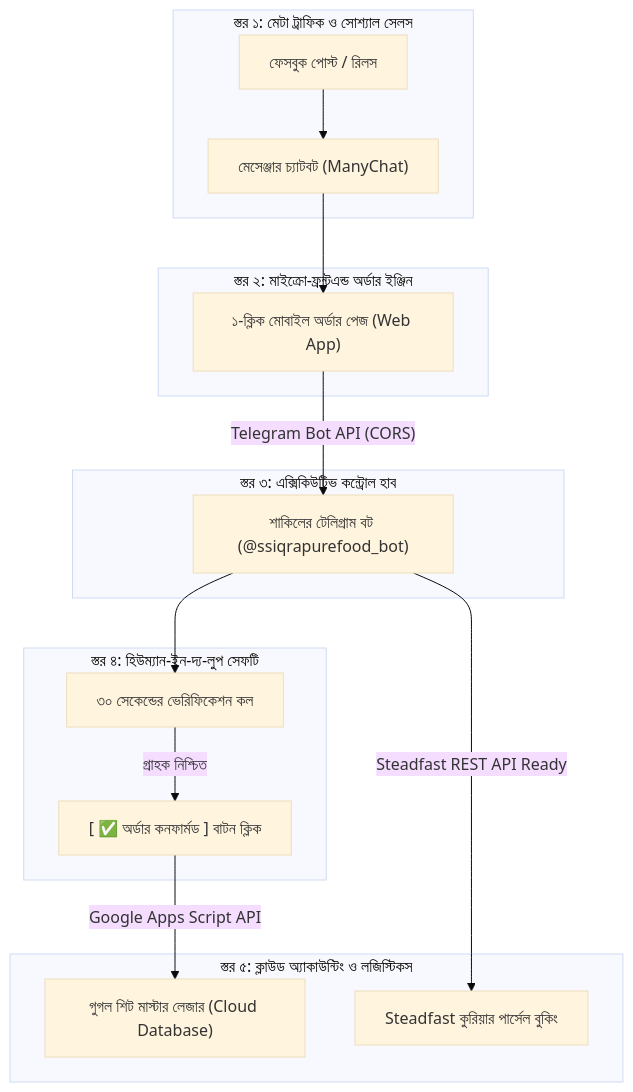
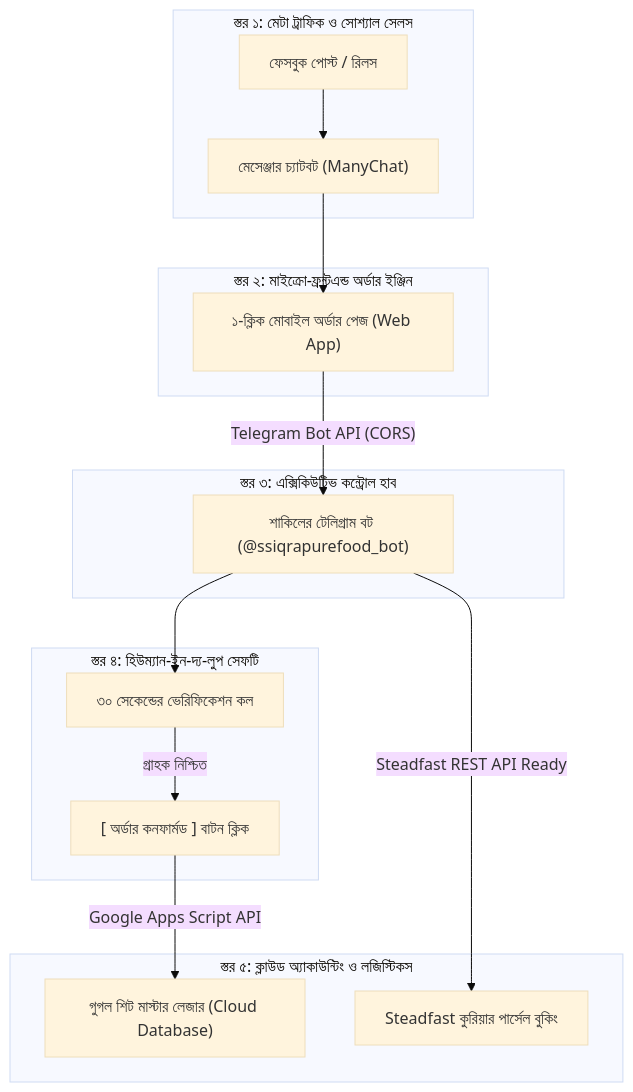
One commit to sakilahammed-dev/ss-iqra-pure-food changed the diagram in docs/SS_IQRA_EXECUTIVE_SYSTEM_BRIEF_AND_SEMINAR_GUIDE.md. Above: the diagram before and after it, drawn with Mermaid (base theme). The commit also changed other lines of this file and 11 other files, not shown here.

````diff
--- a/docs/SS_IQRA_EXECUTIVE_SYSTEM_BRIEF_AND_SEMINAR_GUIDE.md
+++ b/docs/SS_IQRA_EXECUTIVE_SYSTEM_BRIEF_AND_SEMINAR_GUIDE.md
@@ -21,24 +21,24 @@
 ```mermaid
 flowchart TD
     subgraph Tier1["স্তর ১: মেটা ট্রাফিক ও সোশ্যাল সেলস"]
         A["ফেসবুক পোস্ট / রিলস"] --> B["মেসেঞ্জার চ্যাটবট (ManyChat)"]
     end
 
     subgraph Tier2["স্তর ২: মাইক্রো-ফ্রন্টএন্ড অর্ডার ইঞ্জিন"]
         B --> C["১-ক্লিক মোবাইল অর্ডার পেজ (Web App)"]
     end
 
     subgraph Tier3["স্তর ৩: এক্সিকিউটিভ কন্ট্রোল হাব"]
         C -->|"Telegram Bot API (CORS)"| D["শাকিলের টেলিগ্রাম বট (@ssiqrapurefood_bot)"]
     end
 
     subgraph Tier4["স্তর ৪: হিউম্যান-ইন-দ্য-লুপ সেফটি"]
         D --> E["৩০ সেকেন্ডের ভেরিফিকেশন কল"]
-        E -->|"গ্রাহক নিশ্চিত"| F["[ ✅ অর্ডার কনফার্মড ] বাটন ক্লিক"]
+        E -->|"গ্রাহক নিশ্চিত"| F["[  অর্ডার কনফার্মড ] বাটন ক্লিক"]
     end
 
     subgraph Tier5["স্তর ৫: ক্লাউড অ্যাকাউন্টিং ও লজিস্টিকস"]
         F -->|"Google Apps Script API"| G["গুগল শিট মাস্টার লেজার (Cloud Database)"]
         D -->|"Steadfast REST API Ready"| H["Steadfast কুরিয়ার পার্সেল বুকিং"]
     end
 ```
````
